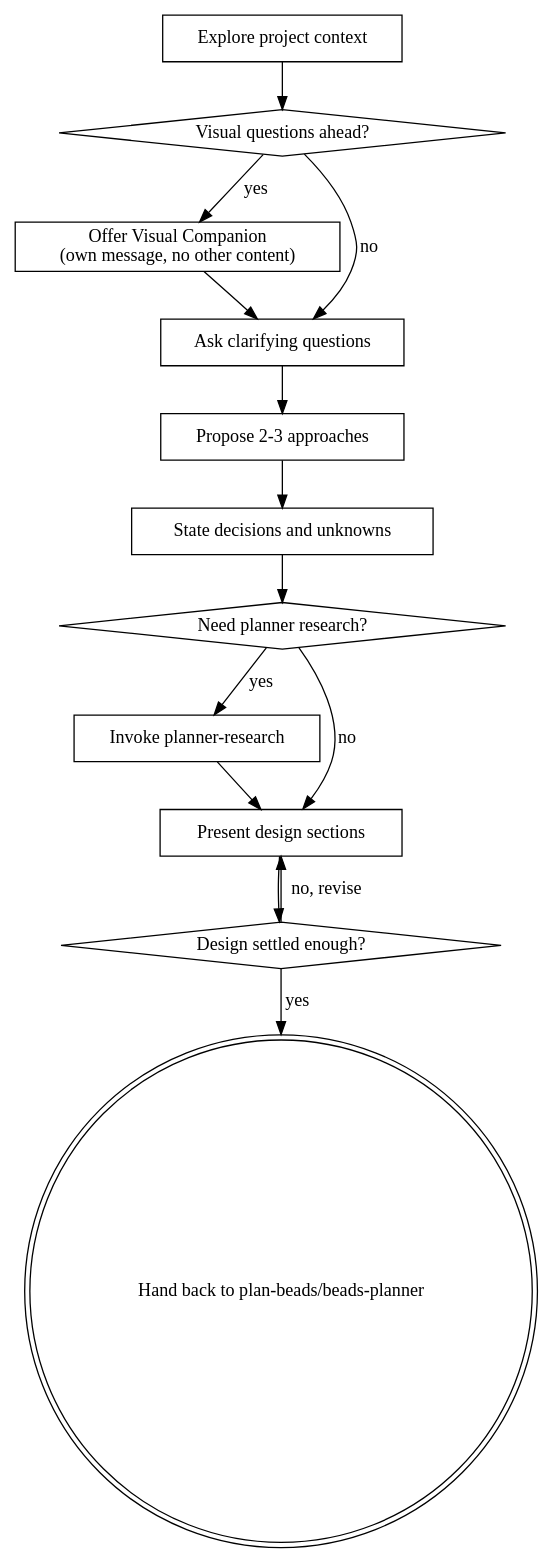
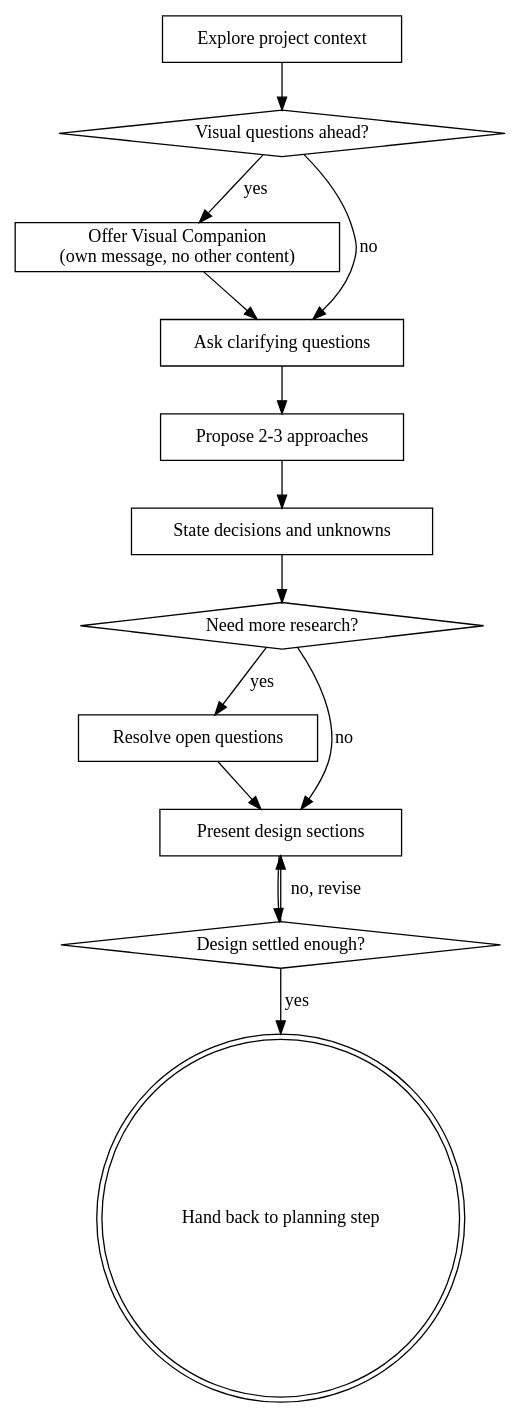
Before and after one commit to doviettung96/harbor: the diagram in .claude/skills/brainstorming/SKILL.md, drawn with Graphviz. The commit also changed other lines of this file and 4 other files, not shown here.

````diff
--- a/.claude/skills/brainstorming/SKILL.md
+++ b/.claude/skills/brainstorming/SKILL.md
@@ -37,29 +37,29 @@
 ```dot
 digraph brainstorming {
     "Explore project context" [shape=box];
     "Visual questions ahead?" [shape=diamond];
     "Offer Visual Companion\n(own message, no other content)" [shape=box];
     "Ask clarifying questions" [shape=box];
     "Propose 2-3 approaches" [shape=box];
     "State decisions and unknowns" [shape=box];
-    "Need planner research?" [shape=diamond];
-    "Invoke planner-research" [shape=box];
+    "Need more research?" [shape=diamond];
+    "Resolve open questions" [shape=box];
     "Present design sections" [shape=box];
     "Design settled enough?" [shape=diamond];
-    "Hand back to plan-beads/beads-planner" [shape=doublecircle];
+    "Hand back to planning step" [shape=doublecircle];
 
     "Explore project context" -> "Visual questions ahead?";
     "Visual questions ahead?" -> "Offer Visual Companion\n(own message, no other content)" [label="yes"];
     "Visual questions ahead?" -> "Ask clarifying questions" [label="no"];
     "Offer Visual Companion\n(own message, no other content)" -> "Ask clarifying questions";
     "Ask clarifying questions" -> "Propose 2-3 approaches";
     "Propose 2-3 approaches" -> "State decisions and unknowns";
-    "State decisions and unknowns" -> "Need planner research?";
-    "Need planner research?" -> "Invoke planner-research" [label="yes"];
-    "Need planner research?" -> "Present design sections" [label="no"];
-    "Invoke planner-research" -> "Present design sections";
+    "State decisions and unknowns" -> "Need more research?";
+    "Need more research?" -> "Resolve open questions" [label="yes"];
+    "Need more research?" -> "Present design sections" [label="no"];
+    "Resolve open questions" -> "Present design sections";
     "Present design sections" -> "Design settled enough?";
     "Design settled enough?" -> "Present design sections" [label="no, revise"];
-    "Design settled enough?" -> "Hand back to plan-beads/beads-planner" [label="yes"];
+    "Design settled enough?" -> "Hand back to planning step" [label="yes"];
 }
 ```
````
